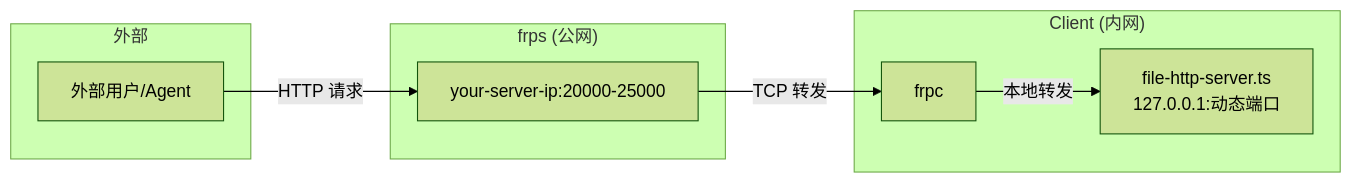
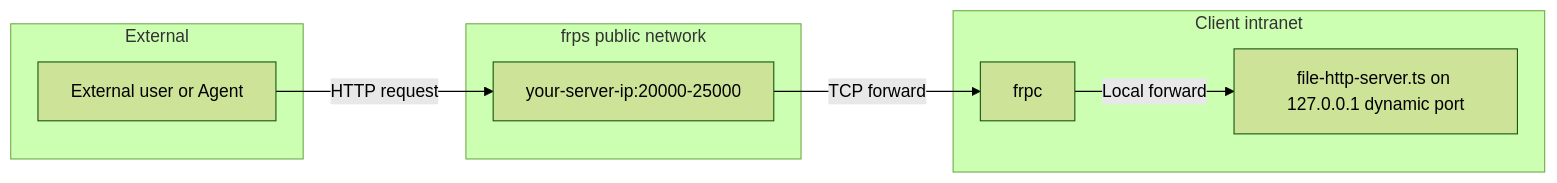
The sixth of 6 diagrams in docs/client-file-management.md (xuzhen97/remote-agent-gateway), drawn with Mermaid (forest theme) before and after one commit. The commit also changed other lines of this file, not shown here.

First line of the commit message:
docs: fix mermaid diagrams that failed to render

````diff
--- a/docs/client-file-management.md
+++ b/docs/client-file-management.md
@@ -271,19 +274,19 @@
 ```mermaid
 graph LR
-    subgraph "外部"
-        U[外部用户/Agent]
+    subgraph External
+        U["External user or Agent"]
     end
 
-    subgraph "frps (公网)"
-        P[your-server-ip:20000-25000]
+    subgraph "frps public network"
+        P["your-server-ip:20000-25000"]
     end
 
-    subgraph "Client (内网)"
+    subgraph "Client intranet"
         F[frpc]
-        H[file-http-server.ts<br/>127.0.0.1:动态端口]
+        H["file-http-server.ts on 127.0.0.1 dynamic port"]
     end
 
-    U -->|"HTTP 请求"| P
-    P -->|"TCP 转发"| F
-    F -->|"本地转发"| H
+    U -->|HTTP request| P
+    P -->|TCP forward| F
+    F -->|Local forward| H
 ```
````
